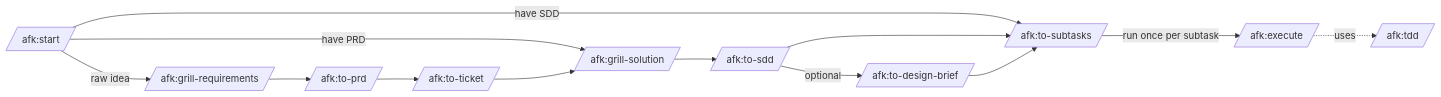
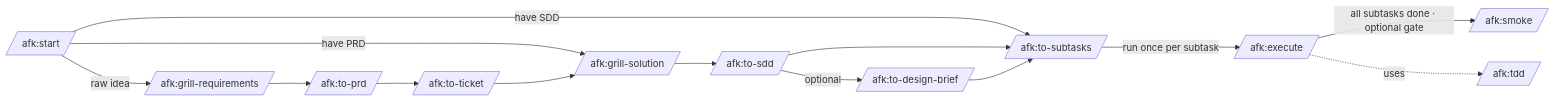
The diagram in skills/start/SKILL.md (midnightblur/afk-driver), drawn with Mermaid before and after one commit. The commit also changed other lines of this file and 7 other files, not shown here.

First line of the commit message:
feat(smoke): add /afk:smoke feature-level smoke gate

````diff
--- a/skills/start/SKILL.md
+++ b/skills/start/SKILL.md
@@ -20,12 +20,13 @@
    ```mermaid
    graph LR
        Start[/afk:start/] -->|raw idea| Grill[/afk:grill-requirements/]
        Start -->|have PRD| AG[/afk:grill-solution/]
        Start -->|have SDD| Sub[/afk:to-subtasks/]
        Grill --> Prd[/afk:to-prd/] --> Ticket[/afk:to-ticket/] --> AG --> Sdd[/afk:to-sdd/]
        Sdd -->|optional| Brief[/afk:to-design-brief/]
        Sdd --> Sub
        Brief --> Sub
        Sub -->|run once per subtask| Exec[/afk:execute/]
+       Exec -->|all subtasks done · optional gate| Smoke[/afk:smoke/]
        Exec -.uses.-> Tdd[/afk:tdd/]
    ```
````
